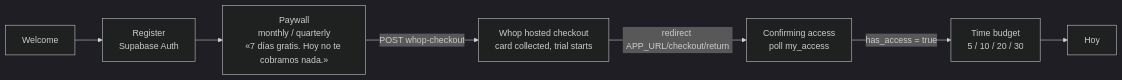
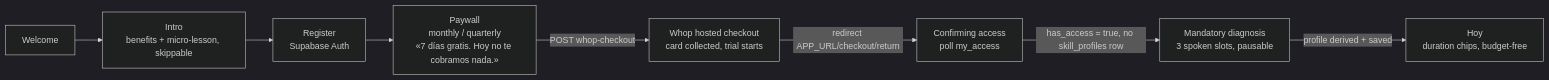
Before and after one commit to modoverbo/flui: the second of 7 diagrams in docs/architecture.md, drawn with Mermaid (dark theme). The commit also changed other lines of this file and 8 other files, not shown here.

````diff
--- a/docs/architecture.md
+++ b/docs/architecture.md
@@ -56,9 +80,10 @@
 ```mermaid
 flowchart LR
-  welcome[Welcome] --> register[Register<br/>Supabase Auth]
+  welcome[Welcome] --> intro[Intro<br/>benefits + micro-lesson, skippable]
+  intro --> register[Register<br/>Supabase Auth]
   register --> paywall["Paywall<br/>monthly / quarterly<br/>«7 días gratis. Hoy no te cobramos nada.»"]
   paywall -->|POST whop-checkout| checkout[Whop hosted checkout<br/>card collected, trial starts]
   checkout -->|redirect APP_URL/checkout/return| confirm[Confirming access<br/>poll my_access]
-  confirm -->|has_access = true| budget[Time budget<br/>5 / 10 / 20 / 30]
-  budget --> hoy[Hoy]
+  confirm -->|has_access = true, no skill_profiles row| diagnosis[Mandatory diagnosis<br/>3 spoken slots, pausable]
+  diagnosis -->|profile derived + saved| hoy[Hoy<br/>duration chips, budget-free]
 ```
````
